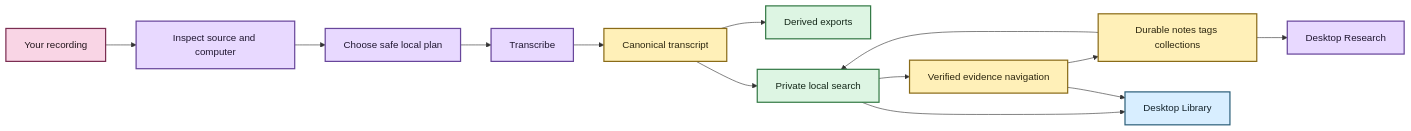
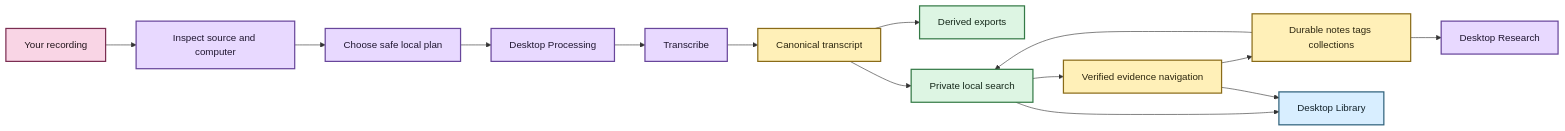
Before and after one commit to SSD1805/EchoFlow: the diagram in docs/getting-started.md, drawn with Mermaid. The commit also changed other lines of this file and 25 other files, not shown here.

Commit message:
feat(desktop): simplify research UI and qualify themes

````diff
--- a/docs/getting-started.md
+++ b/docs/getting-started.md
@@ -34,27 +34,28 @@
 ```mermaid
 flowchart LR
     A[Your recording] --> B[Inspect source and computer]
     B --> C[Choose safe local plan]
-    C --> D[Transcribe]
-    D --> E[Canonical transcript]
-    E --> F[Derived exports]
-    E --> G[Private local search]
-    G --> H[Verified evidence navigation]
-    H --> I[Durable notes tags collections]
-    I --> G
-    G --> J[Desktop Library]
-    H --> J
-    I --> K[Desktop Research]
+    C --> D[Desktop Processing]
+    D --> E[Transcribe]
+    E --> F[Canonical transcript]
+    F --> G[Derived exports]
+    F --> H[Private local search]
+    H --> I[Verified evidence navigation]
+    I --> J[Durable notes tags collections]
+    J --> H
+    H --> K[Desktop Library]
+    I --> K
+    J --> L[Desktop Research]
 
     classDef source fill:#F9D5E5,stroke:#7B2E52,stroke-width:2px,color:#22151B
     classDef process fill:#E8D9FF,stroke:#68469B,stroke-width:2px,color:#1F1630
     classDef evidence fill:#FFF0B8,stroke:#8A6B18,stroke-width:2px,color:#2C260F
     classDef view fill:#DDF5E3,stroke:#347A46,stroke-width:2px,color:#142719
     classDef inspect fill:#D8EEFF,stroke:#2E617B,stroke-width:2px,color:#12222A
 
     class A source
-    class B,C,D,K process
-    class E,H,I evidence
-    class F,G view
-    class J inspect
+    class B,C,D,E,L process
+    class F,I,J evidence
+    class G,H view
+    class K inspect
 ```
````
